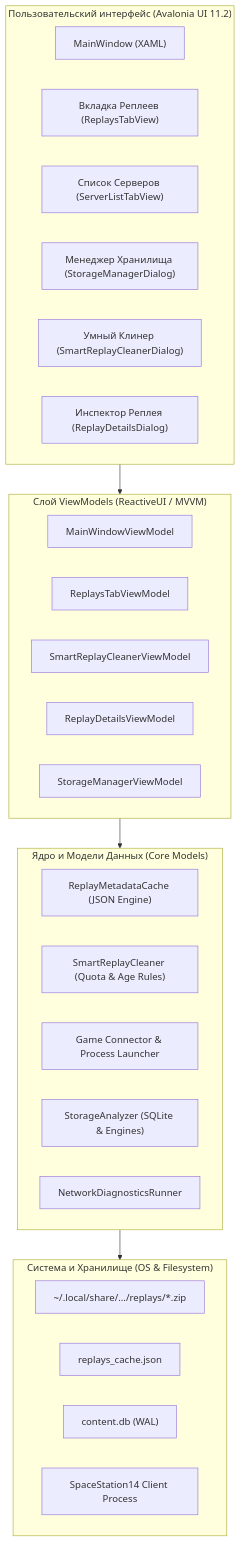
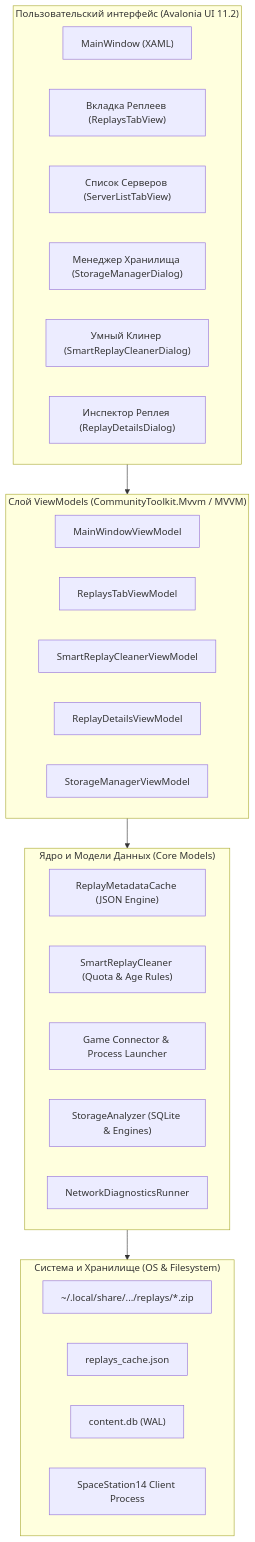
Before and after one commit to MeiDoto/SS14.Launcher: the diagram in README.md, drawn with Mermaid. The commit also changed other lines of this file and 12 other files, not shown here.

````diff
--- a/README.md
+++ b/README.md
@@ -97,38 +97,38 @@
 ```mermaid
 flowchart TD
     subgraph UI ["Пользовательский интерфейс (Avalonia UI 11.2)"]
         MainWindow["MainWindow (XAML)"]
         ReplaysTab["Вкладка Реплеев (ReplaysTabView)"]
         ServerListTab["Список Серверов (ServerListTabView)"]
         StorageDialog["Менеджер Хранилища (StorageManagerDialog)"]
         CleanerDialog["Умный Клинер (SmartReplayCleanerDialog)"]
         DetailsDialog["Инспектор Реплея (ReplayDetailsDialog)"]
     end
 
-    subgraph ViewModels ["Слой ViewModels (ReactiveUI / MVVM)"]
+    subgraph ViewModels ["Слой ViewModels (CommunityToolkit.Mvvm / MVVM)"]
         MainVM["MainWindowViewModel"]
         ReplaysVM["ReplaysTabViewModel"]
         CleanerVM["SmartReplayCleanerViewModel"]
         DetailsVM["ReplayDetailsViewModel"]
         StorageVM["StorageManagerViewModel"]
     end
 
     subgraph Core ["Ядро и Модели Данных (Core Models)"]
         Cache["ReplayMetadataCache (JSON Engine)"]
         Cleaner["SmartReplayCleaner (Quota & Age Rules)"]
         Connector["Game Connector & Process Launcher"]
         StorageAnalyzer["StorageAnalyzer (SQLite & Engines)"]
         NetDiag["NetworkDiagnosticsRunner"]
     end
 
     subgraph OS ["Система и Хранилище (OS & Filesystem)"]
         DiskReplays["~/.local/share/.../replays/*.zip"]
         DiskCache["replays_cache.json"]
         SQLiteDB["content.db (WAL)"]
         GameProc["SpaceStation14 Client Process"]
     end
 
     UI --> ViewModels
     ViewModels --> Core
     Core --> OS
 ```
````
